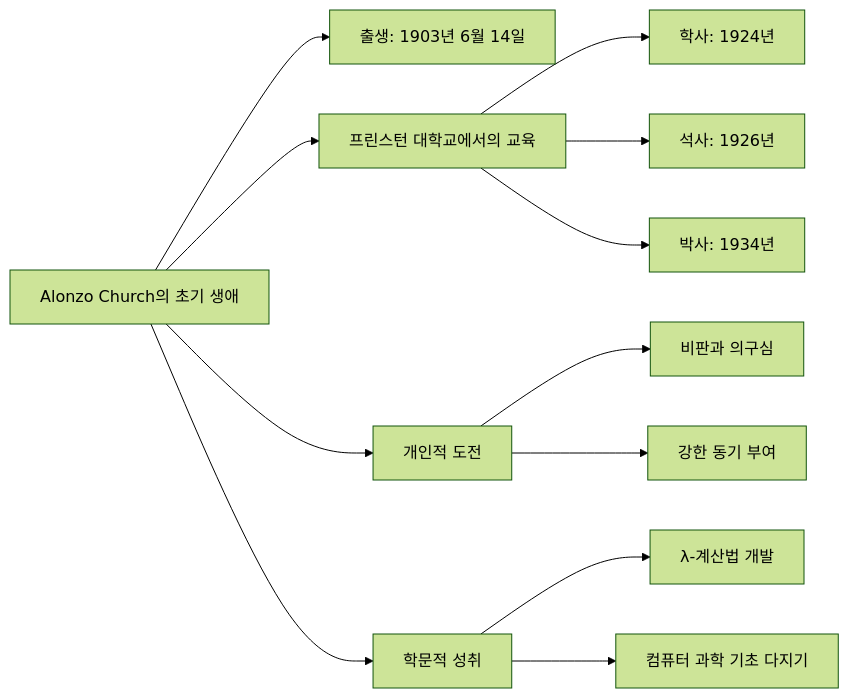
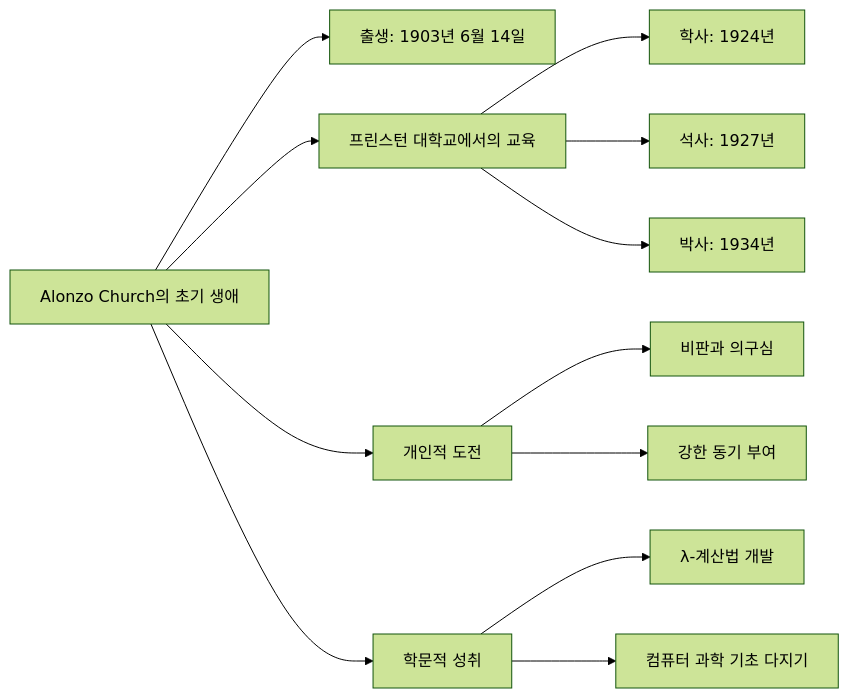
The second of 10 diagrams in content/post/2024/2024-11-08-Alonzo-Church/index.md (42jerrykim/42jerrykim.github.io), drawn with Mermaid (forest theme) before and after one commit. The commit also changed other lines of this file, not shown here.

````diff
--- a/content/post/2024/2024-11-08-Alonzo-Church/index.md
+++ b/content/post/2024/2024-11-08-Alonzo-Church/index.md
@@ -181,14 +191,14 @@
 ```mermaid
 graph LR;
     A[Alonzo Church의 초기 생애] --> B[출생: 1903년 6월 14일]
     A --> C[프린스턴 대학교에서의 교육]
     C --> D[학사: 1924년]
-    C --> E[석사: 1926년]
+    C --> E[석사: 1927년]
     C --> F[박사: 1934년]
     A --> G[개인적 도전]
     G --> H[비판과 의구심]
     G --> I[강한 동기 부여]
     A --> J[학문적 성취]
     J --> K[λ-계산법 개발]
     J --> L[컴퓨터 과학 기초 다지기]
 ``` 
````
